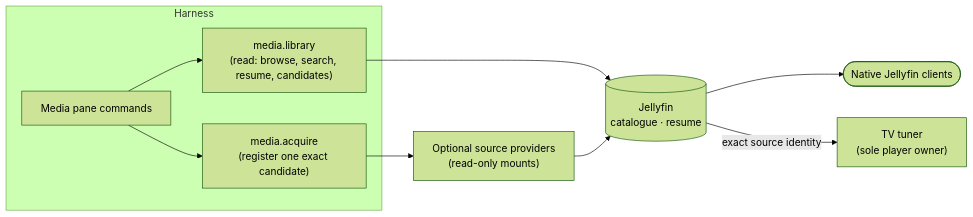
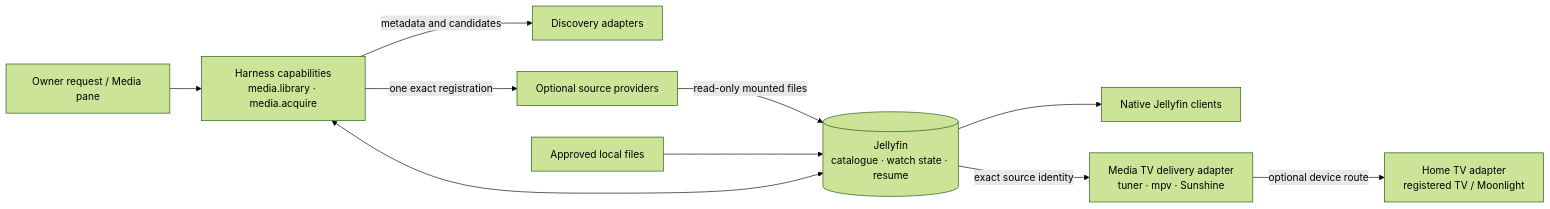
Before and after one commit to Resource-Hacker/obsidience: the diagram in docs/modules/media.md, drawn with Mermaid (forest theme). The commit also changed other lines of this file and 25 other files, not shown here.

Commit message:
Define Media and Home boundaries and repair project context

````diff
--- a/docs/modules/media.md
+++ b/docs/modules/media.md
@@ -13,19 +31,12 @@
 ```mermaid
 flowchart LR
-    subgraph harness["Harness"]
-        ML["media.library<br/>(read: browse, search, resume, candidates)"]
-        MA["media.acquire<br/>(register one exact candidate)"]
-        PANE["Media pane commands"]
-    end
-    JF[("Jellyfin<br/>catalogue · resume")]
-    PROV["Optional source providers<br/>(read-only mounts)"]
-    TUNER["TV tuner<br/>(sole player owner)"]
-    CLIENTS(["Native Jellyfin clients"])
-    ML --> JF
-    MA --> PROV
-    PROV --> JF
-    PANE --> ML
-    PANE --> MA
-    JF --> CLIENTS
-    JF -->|"exact source identity"| TUNER
+    UI["Owner request / Media pane"] --> HC["Harness capabilities<br/>media.library · media.acquire"]
+    HC -->|"metadata and candidates"| DS["Discovery adapters"]
+    HC -->|"one exact registration"| PR["Optional source providers"]
+    PR -->|"read-only mounted files"| JF[("Jellyfin<br/>catalogue · watch state · resume")]
+    LF["Approved local files"] --> JF
+    HC <--> JF
+    JF --> NC["Native Jellyfin clients"]
+    JF -->|"exact source identity"| TU["Media TV delivery adapter<br/>tuner · mpv · Sunshine"]
+    TU -->|"optional device route"| HT["Home TV adapter<br/>registered TV / Moonlight"]
 ```
````
